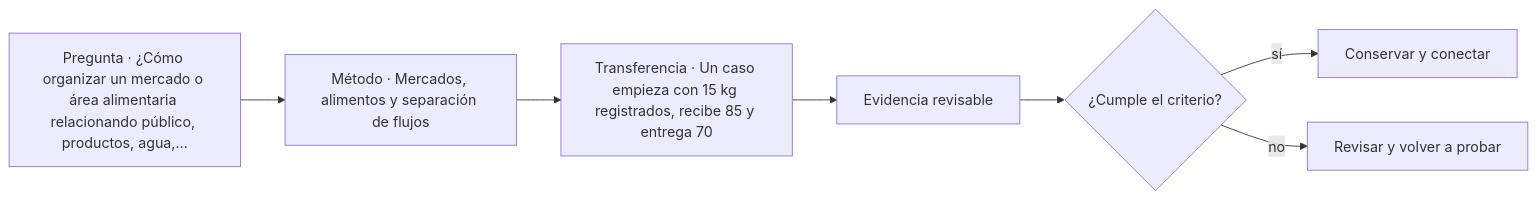
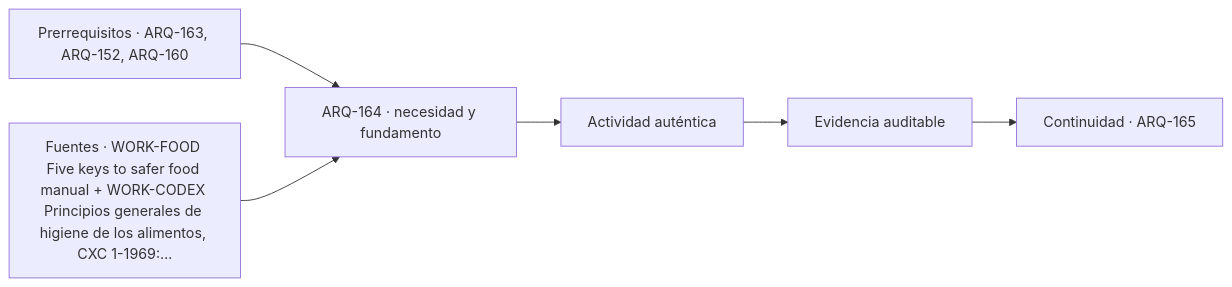
One commit to vladimiracunadev-create/architecture-built-environment-learning-program changed the diagram in classes/parte-17/ARQ-164.md. Above: the diagram before and after it, drawn with Mermaid. The commit also changed other lines of this file and 761 other files, not shown here.

````diff
--- a/classes/parte-17/ARQ-164.md
+++ b/classes/parte-17/ARQ-164.md
@@ -116,9 +128,8 @@
 ```mermaid
 flowchart LR
-    Q["Pregunta · ¿Cómo organizar un mercado o área alimentaria relacionando público, productos, agua,…"] --> M["Método · Mercados, alimentos y separación de flujos"]
-    M --> P["Transferencia · Un caso empieza con 15 kg registrados, recibe 85 y entrega 70"]
-    P --> E["Evidencia revisable"]
-    E --> C{"¿Cumple el criterio?"}
-    C -->|sí| T["Conservar y conectar"]
-    C -->|no| R["Revisar y volver a probar"]
+    A["Prerrequisitos · ARQ-163, ARQ-152, ARQ-160"] --> B["ARQ-164 · necesidad y fundamento"]
+    S["Fuentes · WORK-FOOD Five keys to safer food manual + WORK-CODEX Principios generales de higiene de los alimentos, CXC 1-1969:…"] --> B
+    B --> C["Actividad auténtica"]
+    C --> D["Evidencia auditable"]
+    D --> E["Continuidad · ARQ-165"]
 ```
````
